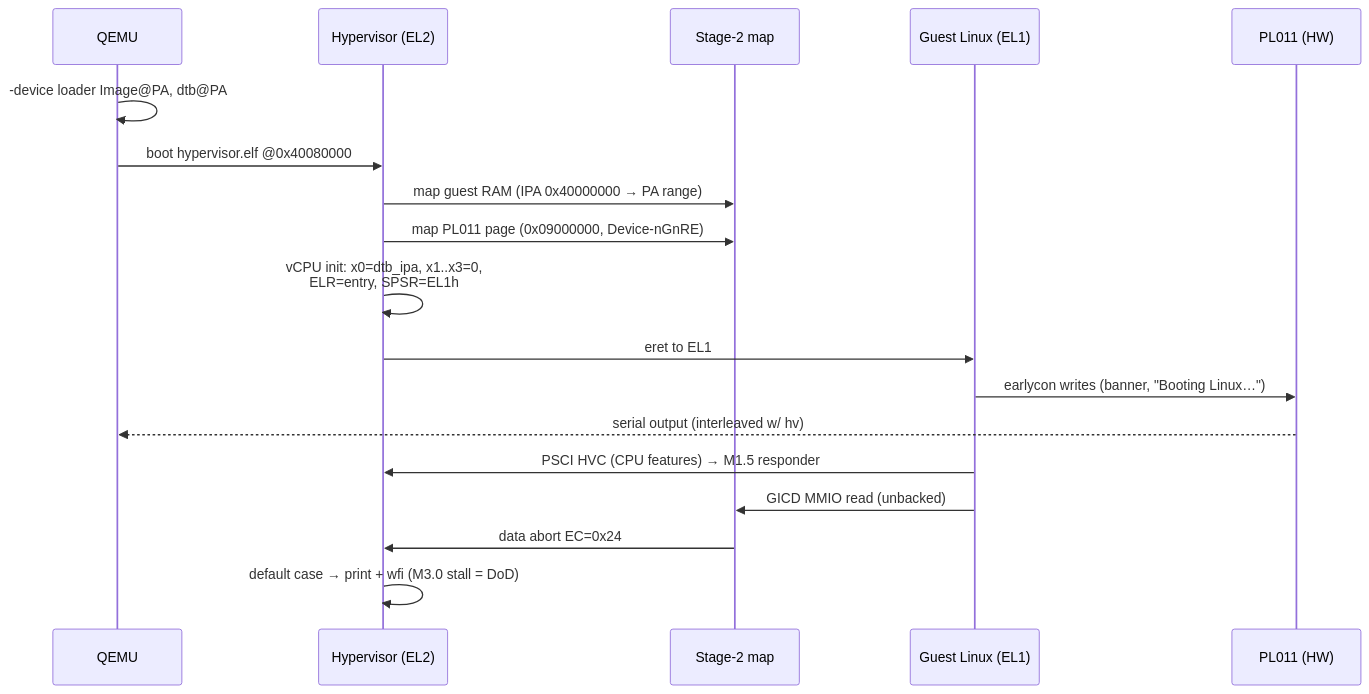
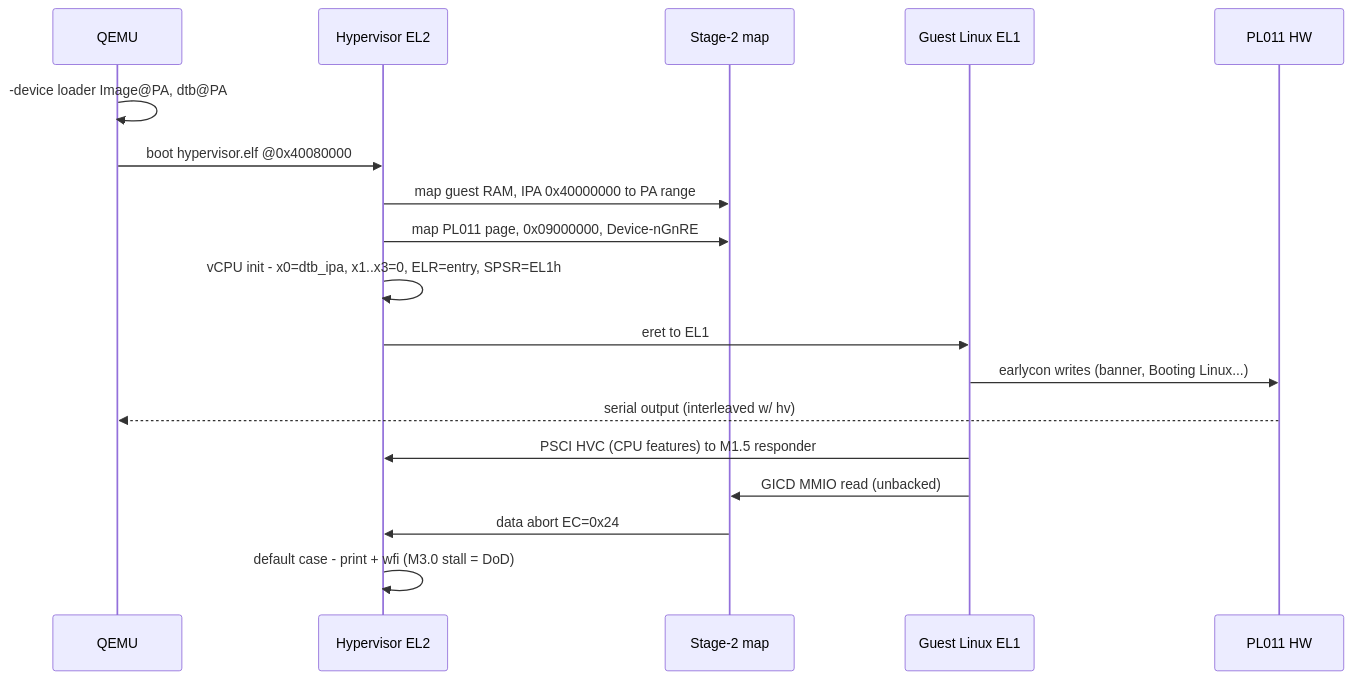
Before and after one commit to James7zy/hypervisor: the second of 2 diagrams in docs/superpowers/specs/2026-06-15-m3-linux-guest-decomposition-design.md, drawn with Mermaid. The commit also changed other lines of this file and 2 other files, not shown here.

Commit message:
[docs][docs] linux: Define phased single-core guest acceptance
Reconcile the Linux design and implementation sequence around early
boot, MMIO traps, and virtual interrupt emulation. Repair diagram syntax
so the intended contracts remain readable.

````diff
--- a/docs/superpowers/specs/2026-06-15-m3-linux-guest-decomposition-design.md
+++ b/docs/superpowers/specs/2026-06-15-m3-linux-guest-decomposition-design.md
@@ -134,21 +134,21 @@
 ```mermaid
 sequenceDiagram
     participant Q as QEMU
-    participant HV as Hypervisor (EL2)
+    participant HV as Hypervisor EL2
     participant S2 as Stage-2 map
-    participant G as Guest Linux (EL1)
-    participant U as PL011 (HW)
+    participant G as Guest Linux EL1
+    participant U as PL011 HW
 
     Q->>Q: -device loader Image@PA, dtb@PA
     Q->>HV: boot hypervisor.elf @0x40080000
-    HV->>S2: map guest RAM (IPA 0x40000000 → PA range)
-    HV->>S2: map PL011 page (0x09000000, Device-nGnRE)
-    HV->>HV: vCPU init: x0=dtb_ipa, x1..x3=0,<br/>ELR=entry, SPSR=EL1h
+    HV->>S2: map guest RAM, IPA 0x40000000 to PA range
+    HV->>S2: map PL011 page, 0x09000000, Device-nGnRE
+    HV->>HV: vCPU init - x0=dtb_ipa, x1..x3=0, ELR=entry, SPSR=EL1h
     HV->>G: eret to EL1
-    G->>U: earlycon writes (banner, "Booting Linux…")
+    G->>U: earlycon writes (banner, Booting Linux...)
     U-->>Q: serial output (interleaved w/ hv)
-    G->>HV: PSCI HVC (CPU features) → M1.5 responder
+    G->>HV: PSCI HVC (CPU features) to M1.5 responder
     G->>S2: GICD MMIO read (unbacked)
     S2->>HV: data abort EC=0x24
-    HV->>HV: default case → print + wfi (M3.0 stall = DoD)
+    HV->>HV: default case - print + wfi (M3.0 stall = DoD)
 ```
````
